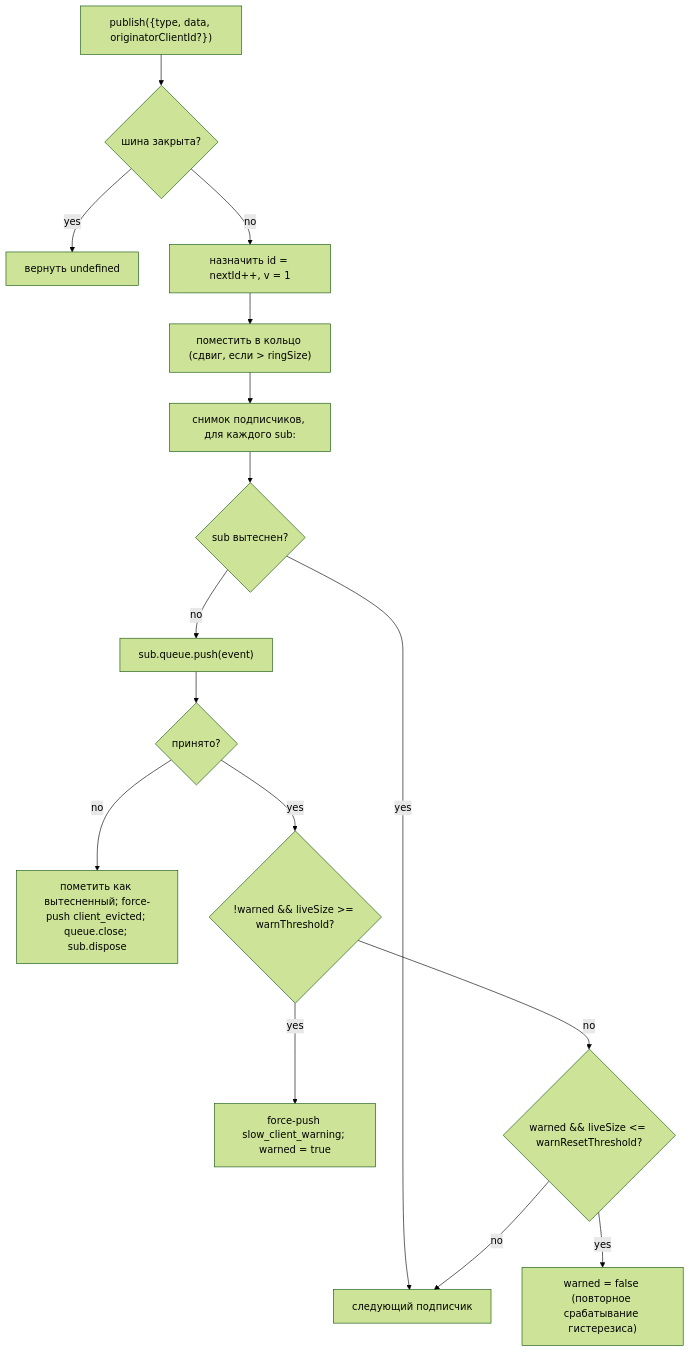
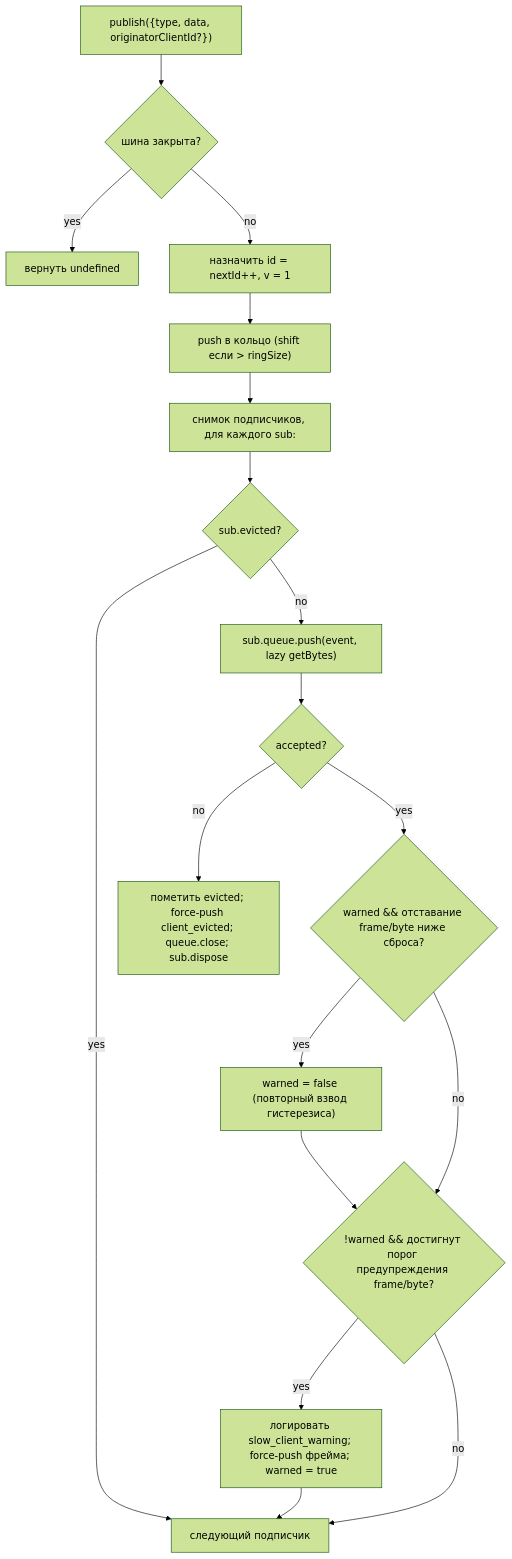
The first of 2 diagrams in website/content/ru/developers/daemon/10-event-bus.md (QwenLM/qwen-code-docs), drawn with Mermaid (forest theme) before and after one commit. The commit also changed other lines of this file and 128 other files, not shown here.

````diff
--- a/website/content/ru/developers/daemon/10-event-bus.md
+++ b/website/content/ru/developers/daemon/10-event-bus.md
@@ -70,18 +74,20 @@
 ```mermaid
 flowchart TD
     P["publish({type, data, originatorClientId?})"] --> C{"шина закрыта?"}
     C -->|yes| RU["вернуть undefined"]
     C -->|no| AID["назначить id = nextId++, v = 1"]
-    AID --> PR["поместить в кольцо (сдвиг, если > ringSize)"]
+    AID --> PR["push в кольцо (shift если > ringSize)"]
     PR --> FAN["снимок подписчиков, для каждого sub:"]
-    FAN --> EVCK{"sub вытеснен?"}
+    FAN --> EVCK{"sub.evicted?"}
     EVCK -->|yes| NEXT[следующий подписчик]
-    EVCK -->|no| PUSH["sub.queue.push(event)"]
-    PUSH --> OK{"принято?"}
-    OK -->|no| EVICT["пометить как вытесненный; force-push client_evicted; queue.close; sub.dispose"]
-    OK -->|yes| WARN{"!warned && liveSize >= warnThreshold?"}
-    WARN -->|yes| FW["force-push slow_client_warning; warned = true"]
-    WARN -->|no| RES{"warned && liveSize <= warnResetThreshold?"}
-    RES -->|yes| RA["warned = false (повторное срабатывание гистерезиса)"]
-    RES -->|no| NEXT
+    EVCK -->|no| PUSH["sub.queue.push(event, lazy getBytes)"]
+    PUSH --> OK{"accepted?"}
+    OK -->|no| EVICT["пометить evicted; force-push client_evicted; queue.close; sub.dispose"]
+    OK -->|yes| RES{"warned && отставание frame/byte ниже сброса?"}
+    RES -->|yes| RA["warned = false (повторный взвод гистерезиса)"]
+    RES -->|no| WARN{"!warned && достигнут порог предупреждения frame/byte?"}
+    RA --> WARN
+    WARN -->|yes| FW["логировать slow_client_warning; force-push фрейма; warned = true"]
+    WARN -->|no| NEXT
+    FW --> NEXT
 ```
````
